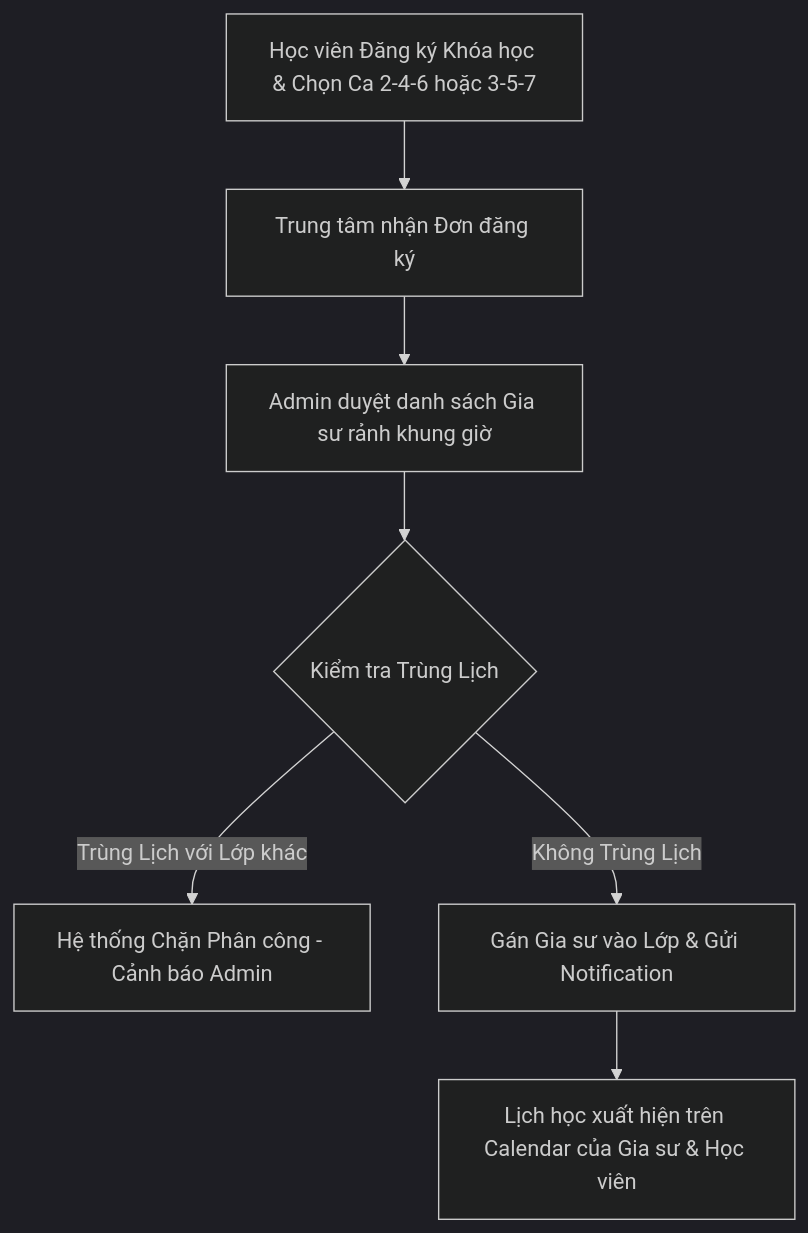
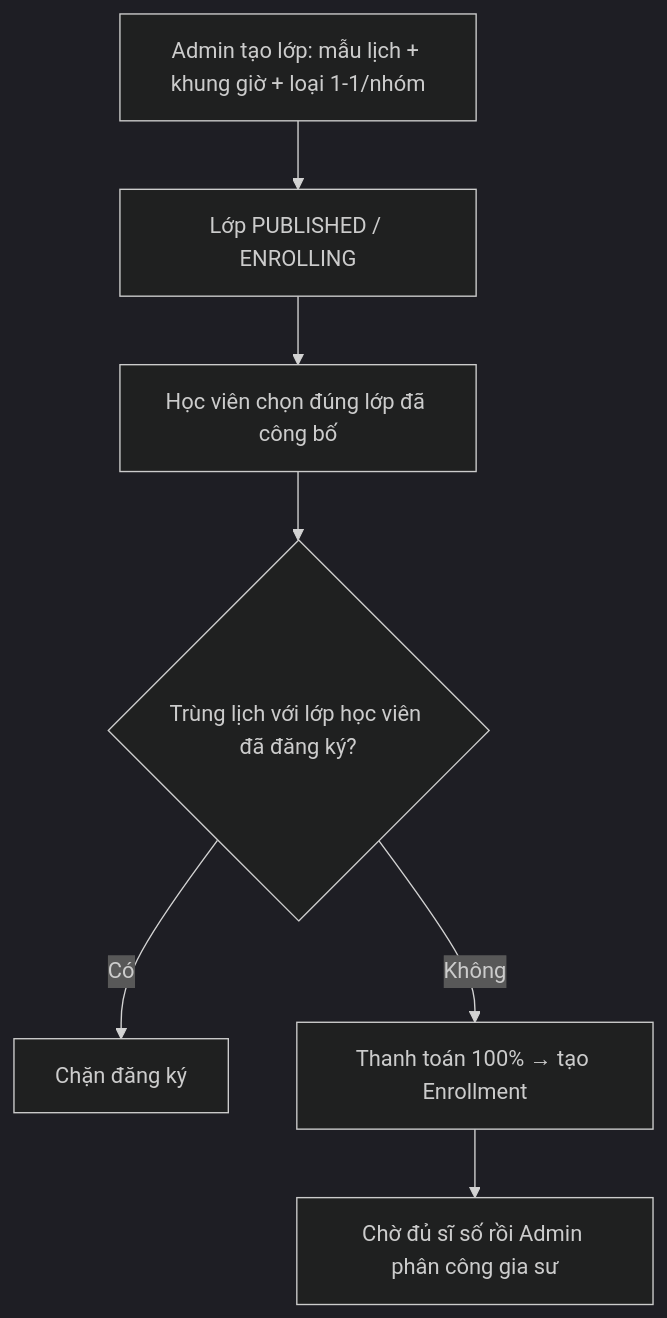
Before and after one commit to Tri-Viet-Tutor/documentation: the first of 2 diagrams in 01-Business-Logic/03-Scheduling-and-Conflict-Validation.md, drawn with Mermaid (dark theme). The commit also changed other lines of this file and 4 other files, not shown here.

Commit message:
Update the bussiness rule and flow

````diff
--- a/01-Business-Logic/03-Scheduling-and-Conflict-Validation.md
+++ b/01-Business-Logic/03-Scheduling-and-Conflict-Validation.md
@@ -17,9 +38,9 @@
 ```mermaid
 flowchart TD
-    A[Học viên Đăng ký Khóa học & Chọn Ca 2-4-6 hoặc 3-5-7] --> B[Trung tâm nhận Đơn đăng ký]
-    B --> C[Admin duyệt danh sách Gia sư rảnh khung giờ]
-    C --> D{Kiểm tra Trùng Lịch}
-    D -- Trùng Lịch với Lớp khác --> E[Hệ thống Chặn Phân công - Cảnh báo Admin]
-    D -- Không Trùng Lịch --> F[Gán Gia sư vào Lớp & Gửi Notification]
-    F --> G[Lịch học xuất hiện trên Calendar của Gia sư & Học viên]
+    A[Admin tạo lớp: mẫu lịch + khung giờ + loại 1-1/nhóm] --> B[Lớp PUBLISHED / ENROLLING]
+    B --> C[Học viên chọn đúng lớp đã công bố]
+    C --> D{Trùng lịch với lớp học viên đã đăng ký?}
+    D -- Có --> E[Chặn đăng ký]
+    D -- Không --> F[Thanh toán 100% → tạo Enrollment]
+    F --> G[Chờ đủ sĩ số rồi Admin phân công gia sư]
 ```
````
